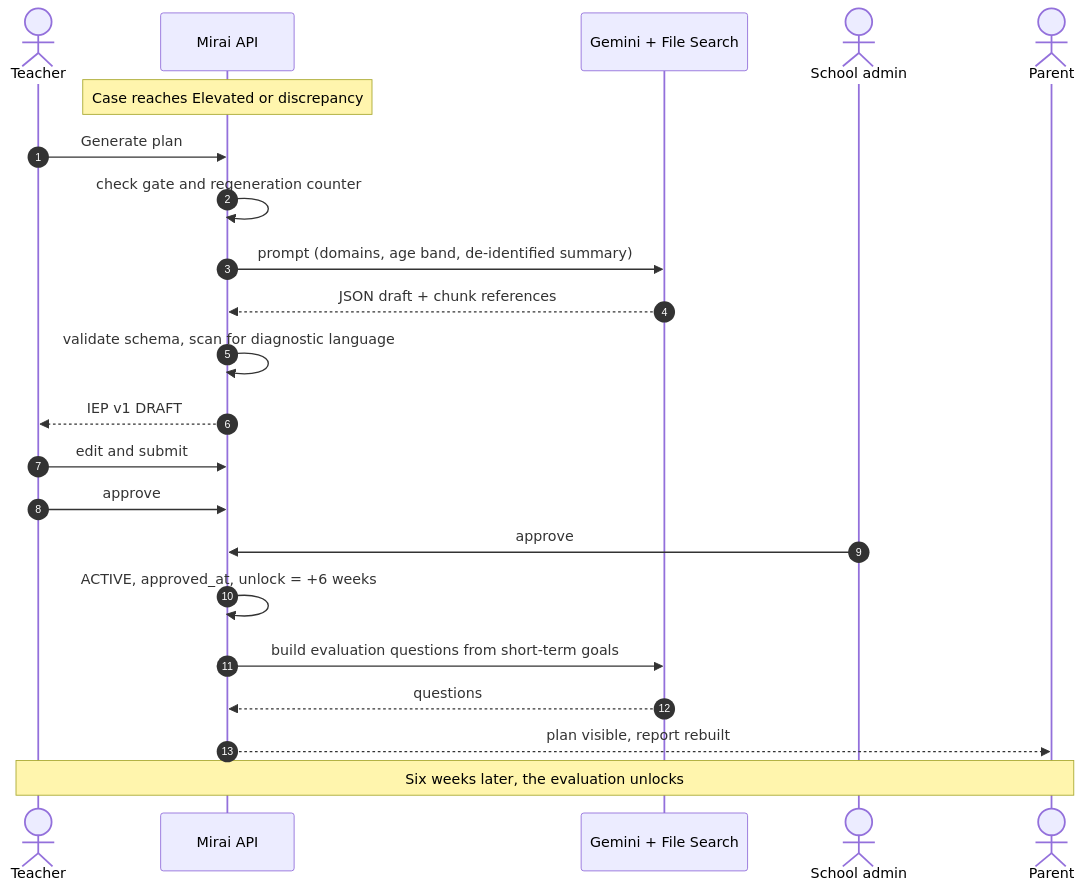
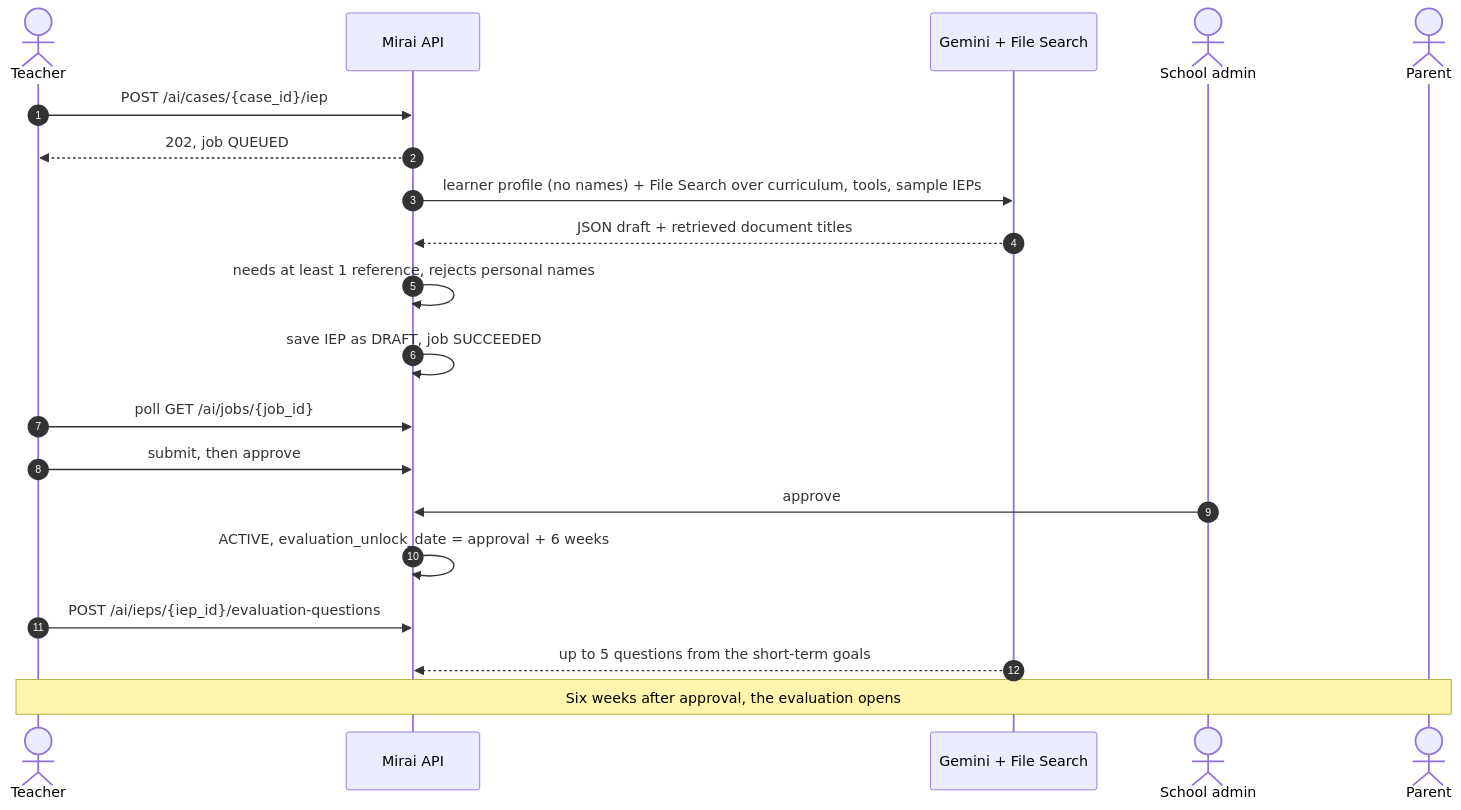
The diagram in docs/ai/iep-generation.md (akirachix/prism-technical-documentation), drawn with Mermaid before and after one commit. The commit also changed other lines of this file and 154 other files, not shown here.

````diff
--- a/docs/ai/iep-generation.md
+++ b/docs/ai/iep-generation.md
@@ -12,25 +12,23 @@
 ```mermaid
 sequenceDiagram
     autonumber
     actor T as Teacher
     participant API as Mirai API
     participant AI as Gemini + File Search
     actor SA as School admin
     actor P as Parent
 
-    Note over API: Case reaches Elevated or discrepancy
-    T->>API: Generate plan
-    API->>API: check gate and regeneration counter
-    API->>AI: prompt (domains, age band, de-identified summary)
-    AI-->>API: JSON draft + chunk references
-    API->>API: validate schema, scan for diagnostic language
-    API-->>T: IEP v1 DRAFT
-    T->>API: edit and submit
-    T->>API: approve
+    T->>API: POST /ai/cases/{case_id}/iep
+    API-->>T: 202, job QUEUED
+    API->>AI: learner profile (no names) + File Search over curriculum, tools, sample IEPs
+    AI-->>API: JSON draft + retrieved document titles
+    API->>API: needs at least 1 reference, rejects personal names
+    API->>API: save IEP as DRAFT, job SUCCEEDED
+    T->>API: poll GET /ai/jobs/{job_id}
+    T->>API: submit, then approve
     SA->>API: approve
-    API->>API: ACTIVE, approved_at, unlock = +6 weeks
-    API->>AI: build evaluation questions from short-term goals
-    AI-->>API: questions
-    API-->>P: plan visible, report rebuilt
-    Note over T,P: Six weeks later, the evaluation unlocks
+    API->>API: ACTIVE, evaluation_unlock_date = approval + 6 weeks
+    T->>API: POST /ai/ieps/{iep_id}/evaluation-questions
+    AI-->>API: up to 5 questions from the short-term goals
+    Note over T,P: Six weeks after approval, the evaluation opens
 ```
````
